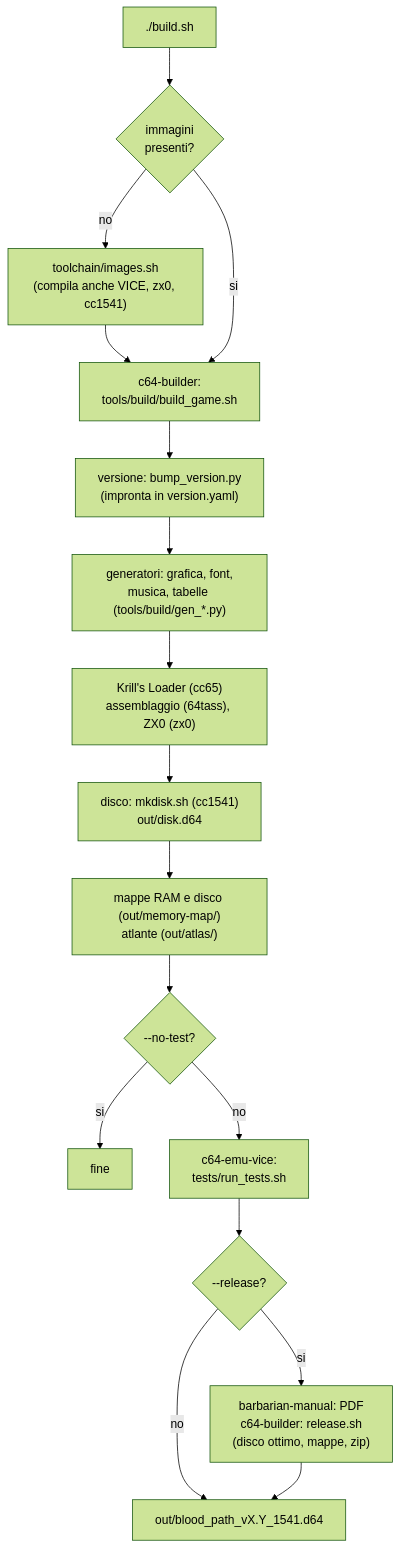
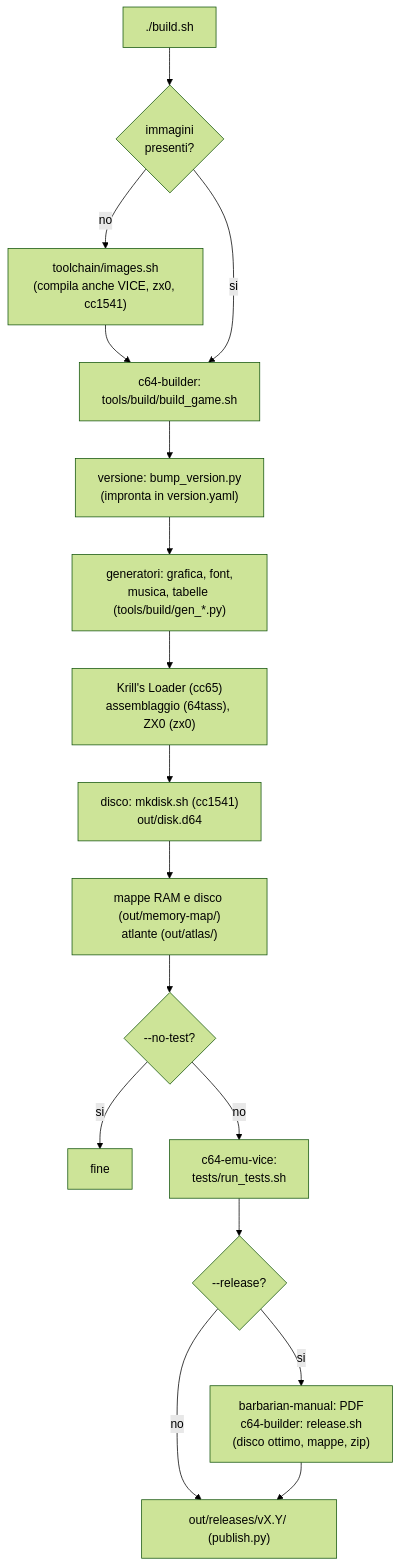
Before and after one commit to caporalesimone/barbarian-the-blood-path: the second of 3 diagrams in docs/getting-started.md, drawn with Mermaid (forest theme). The commit also changed other lines of this file and 15 other files, not shown here.

First line of the commit message:
Build: artefatti per versione in out/releases/v<V>/ con retention (v1.241)

````diff
--- a/docs/getting-started.md
+++ b/docs/getting-started.md
@@ -95,17 +95,17 @@
 ```mermaid
 flowchart TD
   A["./build.sh"] --> C{"immagini<br/>presenti?"}
   C -->|no| D["toolchain/images.sh<br/>(compila anche VICE, zx0, cc1541)"] --> E
   C -->|si| E["c64-builder:<br/>tools/build/build_game.sh"]
   E --> E1["versione: bump_version.py<br/>(impronta in version.yaml)"]
   E1 --> E2["generatori: grafica, font,<br/>musica, tabelle (tools/build/gen_*.py)"]
   E2 --> E3["Krill's Loader (cc65)<br/>assemblaggio (64tass), ZX0 (zx0)"]
   E3 --> E4["disco: mkdisk.sh (cc1541)<br/>out/disk.d64"]
   E4 --> E5["mappe RAM e disco (out/memory-map/)<br/>atlante (out/atlas/)"]
   E5 --> F{"--no-test?"}
   F -->|si| Z["fine"]
   F -->|no| G["c64-emu-vice:<br/>tests/run_tests.sh"]
   G --> H{"--release?"}
-  H -->|no| Y["out/blood_path_vX.Y_1541.d64"]
+  H -->|no| Y["out/releases/vX.Y/ (publish.py)"]
   H -->|si| I["barbarian-manual: PDF<br/>c64-builder: release.sh<br/>(disco ottimo, mappe, zip)"] --> Y
 ```
````
